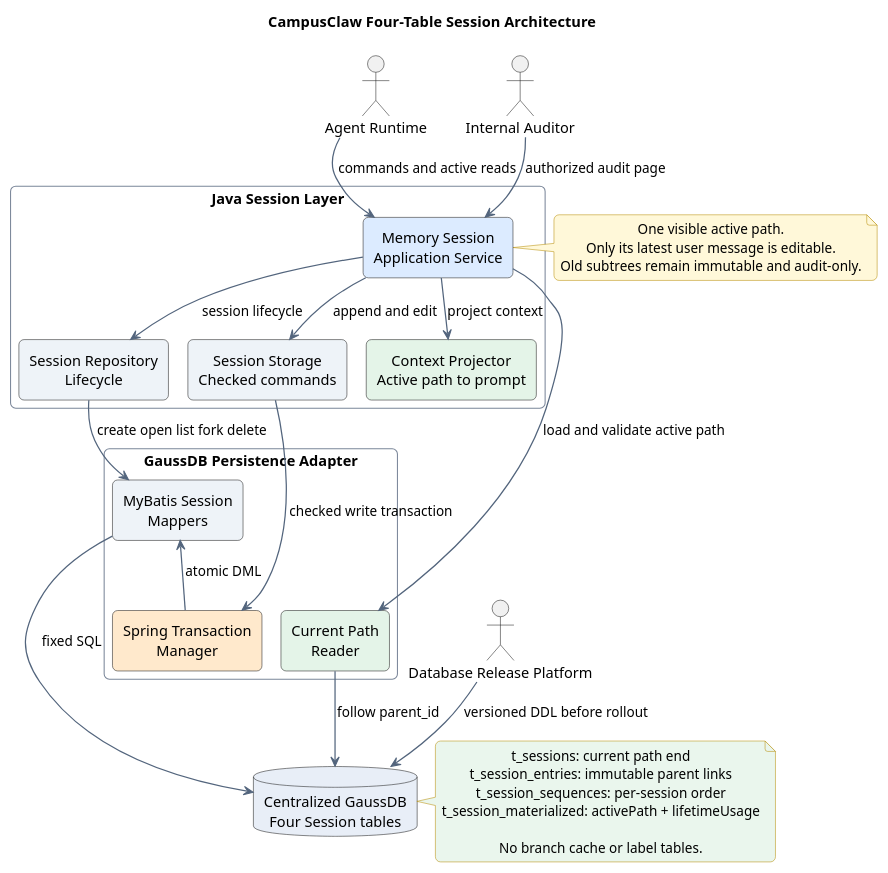
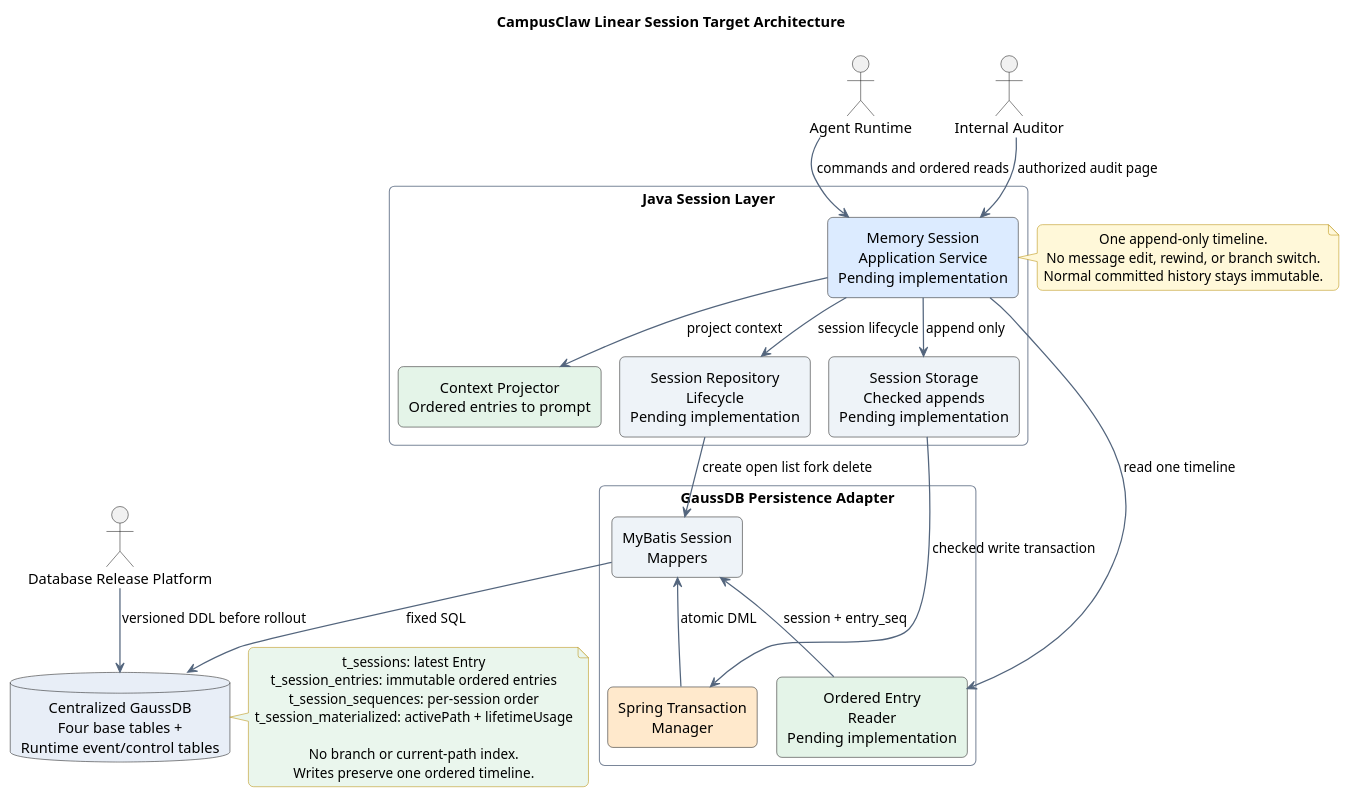
One commit to ssm0808/pi-mono-java-design changed the first of 4 diagrams in 03-数据与存储/01-会话记忆GaussDB/设计图/diagram.puml. Above: the diagram before and after it, drawn with PlantUML. The commit also changed other lines of this file and 26 other files, not shown here.

Commit message:
docs(session): adopt append-only history without recursive queries

```diff
--- a/03-数据与存储/01-会话记忆GaussDB/设计图/diagram.puml
+++ b/03-数据与存储/01-会话记忆GaussDB/设计图/diagram.puml
@@ -6,88 +6,88 @@
 @startuml memory-architecture
 !pragma layout smetana
-title CampusClaw Four-Table Session Architecture
+title CampusClaw Linear Session Target Architecture
 top to bottom direction
 
 skinparam backgroundColor #FFFFFF
 skinparam shadowing false
 skinparam roundcorner 10
 skinparam packageStyle rectangle
 skinparam componentStyle rectangle
 skinparam defaultTextAlignment center
 skinparam ArrowColor #53657D
 skinparam ArrowThickness 1.2
 skinparam PackageBorderColor #7A8699
 skinparam NoteBorderColor #B58B00
 skinparam NoteBackgroundColor #FFF8D9
 
-' Source evidence:
-' - badlogic/pi-mono@f0deb8dd8e9611e89b5bc4145ca92c03ae6ed4ee
-' - packages/agent/src/harness/types.ts: SessionStorage
-' - packages/agent/src/harness/session/repository.ts: SessionRepository
-' - packages/storage/sqlite-node/src/sqlite/repo.ts: SerialOperationQueue
-' - packages/storage/sqlite-node/src/sqlite/storage/index.ts: appendEntry
-' Observed behavior: pi stores parent links, an active leaf, materialized state,
-' branch caches, and entry materialized labels in a local SQLite backend.
-' Pending implementation product constraint: CampusClaw exposes one active path and only
-' allows editing the latest user message on that path.
-' Architecture change: centralized GaussDB keeps four tables and reconstructs
-' the active path from parent_id without branch cache tables.
-' Concurrency hardening: expected path-end and parent checks protect multi-Pod writes.
-' Design reason: group command, query, and release flows into readable layers.
+' Source evidence: pi@1a584a7a56eb5e7b4ff8ccbd46430f1533282eed
+' packages/session-backends/sqlite-node/src/sqlite/session/branch-entries.ts:
+' appendEntryToBranchIndex, readBranchSegmentsNewestFirst, scanBranchSegments.
+' packages/session-backends/sqlite-node/src/sqlite/storage.ts: applyCommit.
+' Source evidence: Java@fb842b1ac6cb4818f6b146f79dd184a5cd88bf12
+' modules/coding-agent-cli/src/main/java/com/campusclaw/codingagent/runtimeapi/
+' persistence/MyBatisRuntimeSessionRepository.java: appendLocked, findEventPage.
+' modules/coding-agent-cli/src/main/resources/mapper/session/RuntimeSessionMapper.xml:
+' listCurrentBranchEntries, listCommittedEvents, countUnmappedCurrentBranchEntries.
+' Observed behavior: Java appends at the locked tail but still reads recursive paths.
+' Design reason: one append-only timeline needs ordered scans, not branch membership.
+' Product constraint: no conversation editing, rewind, or branch switching.
+' Pending implementation: ordered reads under append-only writes.
 
 actor "Agent Runtime" as runtime
 actor "Internal Auditor" as auditor
 actor "Database Release Platform" as release
 
 runtime -[hidden]right- auditor
 
 package "Java Session Layer" as javaLayer {
-  component "Memory Session\nApplication Service" as app #DCEBFF
-  component "Session Repository\nLifecycle" as repository #EEF3F8
-  component "Session Storage\nChecked commands" as storage #EEF3F8
-  component "Context Projector\nActive path to prompt" as projector #E4F4E8
+  component "Memory Session\nApplication Service\nPending implementation" as app #DCEBFF
+  component "Session Repository\nLifecycle\nPending implementation" as repository #EEF3F8
+  component "Session Storage\nChecked appends\nPending implementation" as storage #EEF3F8
+  component "Context Projector\nOrdered entries to prompt" as projector #E4F4E8
 
   repository -[hidden]right- storage
   storage -[hidden]right- projector
   app --> repository : session lifecycle
-  app --> storage : append and edit
+  app --> storage : append only
   app --> projector : project context
 }
 
 package "GaussDB Persistence Adapter" as adapter {
   component "MyBatis Session\nMappers" as mappers #EEF3F8
   component "Spring Transaction\nManager" as tx #FFE9CC
-  component "Current Path\nReader" as pathReader #E4F4E8
+  component "Ordered Entry\nReader\nPending implementation" as pathReader #E4F4E8
 
   mappers -[hidden]right- tx
   tx -[hidden]right- pathReader
   tx --> mappers : atomic DML
 }
 
-database "Centralized GaussDB\nFour Session tables" as db #E8EEF7
+database "Centralized GaussDB\nFour base tables +\nRuntime event/control tables" as db #E8EEF7
 
-runtime --> app : commands and active reads
+runtime --> app : commands and ordered reads
 auditor --> app : authorized audit page
 repository --> mappers : create open list fork delete
 storage --> tx : checked write transaction
-app --> pathReader : load and validate active path
+app --> pathReader : read one timeline
 mappers --> db : fixed SQL
-pathReader --> db : follow parent_id
+pathReader --> mappers : session + entry_seq
 release --> db : versioned DDL before rollout
 
 note left of app
-One visible active path.
-Only its latest user message is editable.
-Old subtrees remain immutable and audit-only.
+One append-only timeline.
+No message edit, rewind, or branch switch.
+Normal committed history stays immutable.
 end note
 
 note right of db #EAF6ED
-t_sessions: current path end
-t_session_entries: immutable parent links
+t_sessions: latest Entry
+t_session_entries: immutable ordered entries
 t_session_sequences: per-session order
 t_session_materialized: activePath + lifetimeUsage
 
-No branch cache or label tables.
+No branch or current-path index.
+Writes preserve one ordered timeline.
 end note
 
 @enduml
```
